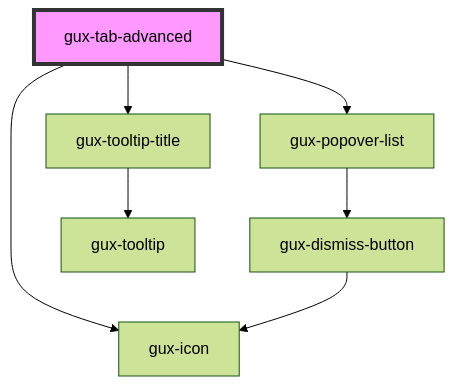
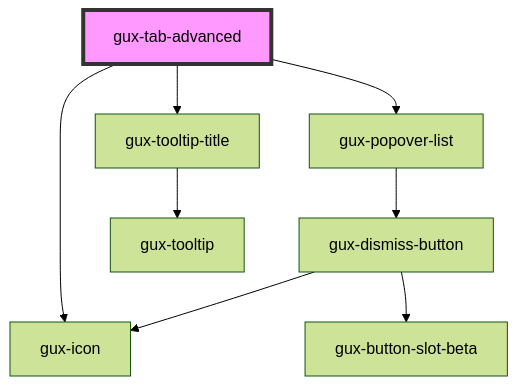
One commit to MyPureCloud/genesys-spark changed the diagram in packages/genesys-spark-components/src/components/stable/gux-tabs-advanced/gux-tab-advanced/readme.md. Above: the diagram before and after it, drawn with Mermaid (forest theme). The commit also changed 20 other files, not shown here.

First line of the commit message:
refactor(dismiss-button): converted dismiss button to v4 style

````diff
--- a/packages/genesys-spark-components/src/components/stable/gux-tabs-advanced/gux-tab-advanced/readme.md
+++ b/packages/genesys-spark-components/src/components/stable/gux-tabs-advanced/gux-tab-advanced/readme.md
@@ -73,10 +73,11 @@
 ```mermaid
 graph TD;
   gux-tab-advanced --> gux-icon
   gux-tab-advanced --> gux-popover-list
   gux-tab-advanced --> gux-tooltip-title
   gux-popover-list --> gux-dismiss-button
+  gux-dismiss-button --> gux-button-slot-beta
   gux-dismiss-button --> gux-icon
   gux-tooltip-title --> gux-tooltip
   style gux-tab-advanced fill:#f9f,stroke:#333,stroke-width:4px
 ```
````
